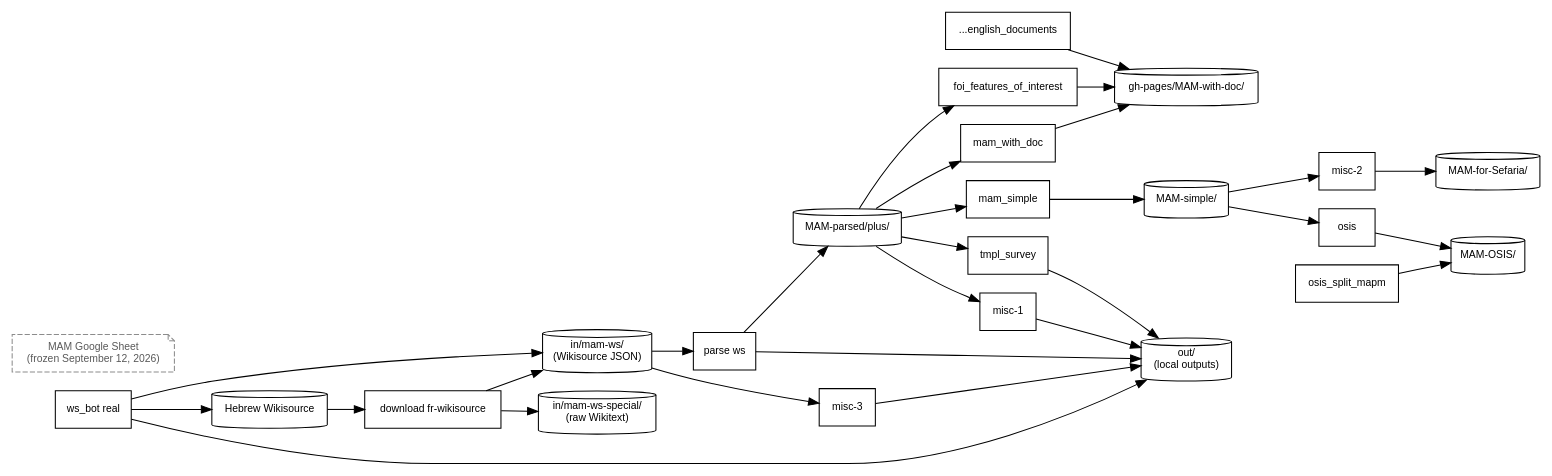
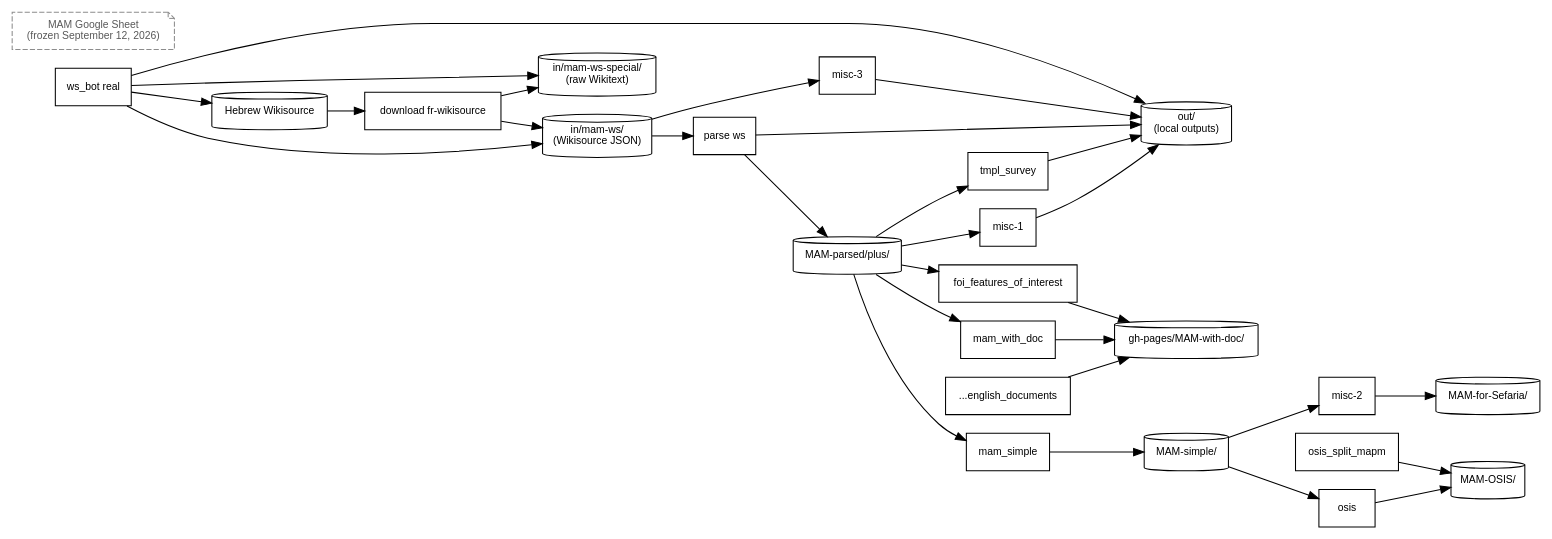
Before and after one commit to bdenckla/MAM-basics: the diagram in doc/process-documentation/pipeline.dot, drawn with Graphviz. The commit also changed 3 other files, not shown here.

```diff
--- a/doc/process-documentation/pipeline.dot
+++ b/doc/process-documentation/pipeline.dot
@@ -1,81 +1,82 @@
 digraph mam_pipeline {
     // This file was generated by MAM-basics/py/main_pipeline_graph.py.
     // Do not edit by hand; edit py/pipeline_graph/pipeline_graph_spec.py instead.
     graph [comment="This file was generated by MAM-basics/py/main_pipeline_graph.py."];
     // Generated from structured pipeline data.
     rankdir=LR;
     node [fontname="Helvetica", fontsize=10];
     edge [fontname="Helvetica", fontsize=9];
 
     // ── Data stores ──
     node [shape=cylinder];
     ds_parsed_plus        [label="MAM-parsed/plus/"];
     ds_ws                 [label="in/mam-ws/\n(Wikisource JSON)"];
     ds_ws_special         [label="in/mam-ws-special/\n(raw Wikitext)"];
     src_ws_live           [label="Hebrew Wikisource"];
     archive_google_sheet  [label="MAM Google Sheet\n(frozen September 12, 2026)", shape="note", style=dashed, color="gray55", fontcolor="gray35"];
     ds_simple             [label="MAM-simple/"];
     ds_with_doc           [label="gh-pages/MAM-with-doc/"];
     ds_sefaria            [label="MAM-for-Sefaria/"];
     ds_osis               [label="MAM-OSIS/"];
     ds_out                [label="out/\n(local outputs)"];
 
     // ── External prerequisites (not part of _STEPS) ──
     node [shape=box, style=dashed, color=gray, fontcolor=gray];
     download_ws           [label="download fr-wikisource", style="", color="", fontcolor=""];
 
     // ── Pipeline steps ──
     node [shape=box, style="", color="", fontcolor=""];
     parse_ws              [label="parse ws"];
     foi                   [label="foi_features_of_interest"];
     mam_with_doc          [label="mam_with_doc"];
     tmpl_survey           [label="tmpl_survey"];
     mam_simple            [label="mam_simple"];
     misc_2                [label="misc-2"];
     osis                  [label="osis"];
     misc_1                [label="misc-1", tooltip="decnreub\nmultimark\nwordlist\nexplicit_xataf\ndiff ctr-vs-mam"];
     misc_3                [label="misc-3"];
     ws_bot                [label="ws_bot real"];
     gen_docs              [label="...english_documents"];
     osis_split            [label="osis_split_mapm"];
 
     // ── Edges ──
 
     // MAM-parsed consumers
     ds_parsed_plus       -> foi;
     ds_parsed_plus       -> mam_with_doc;
     ds_parsed_plus       -> mam_simple;
     ds_parsed_plus       -> misc_1;
     ds_parsed_plus       -> tmpl_survey;
 
     // MAM-with-doc outputs
     foi                  -> ds_with_doc;
     mam_with_doc         -> ds_with_doc;
     gen_docs             -> ds_with_doc;
 
     // MAM-simple pipeline
     mam_simple           -> ds_simple;
     ds_simple            -> misc_2;
     ds_simple            -> osis;
     misc_2               -> ds_sefaria;
     osis                 -> ds_osis;
     osis_split           -> ds_osis;
 
     // Local out/ outputs
     tmpl_survey          -> ds_out;
     misc_1               -> ds_out;
     parse_ws             -> ds_out;
     misc_3               -> ds_out;
 
     // Wikisource pipeline
     src_ws_live          -> download_ws;
     download_ws          -> ds_ws;
     download_ws          -> ds_ws_special;
     ds_ws                -> parse_ws;
     parse_ws             -> ds_parsed_plus;
     ds_ws                -> misc_3;
     ws_bot               -> src_ws_live;
     ws_bot               -> ds_ws;
+    ws_bot               -> ds_ws_special;
     ws_bot               -> ds_out [tooltip="via automatic post-download reparse"];
 
 }
```
